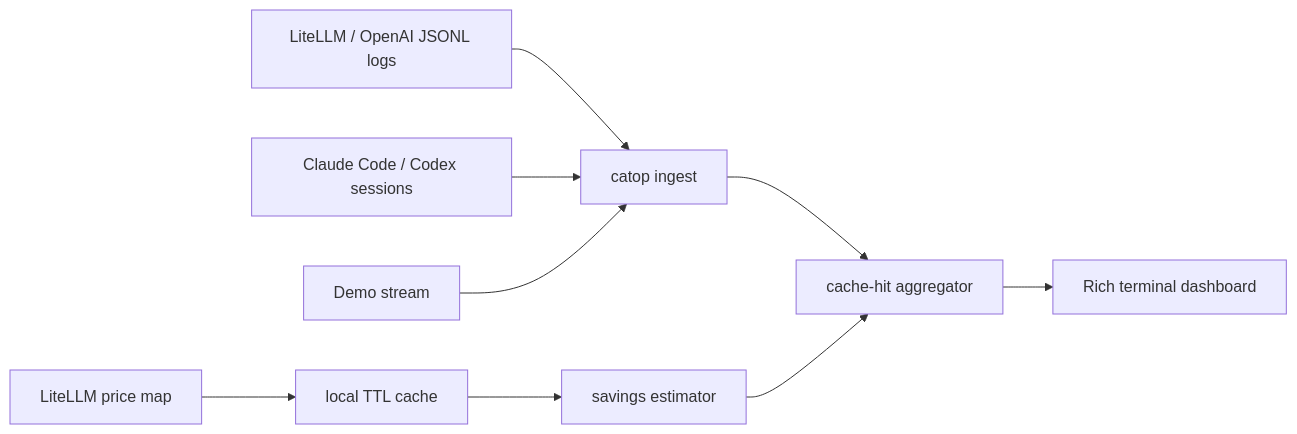
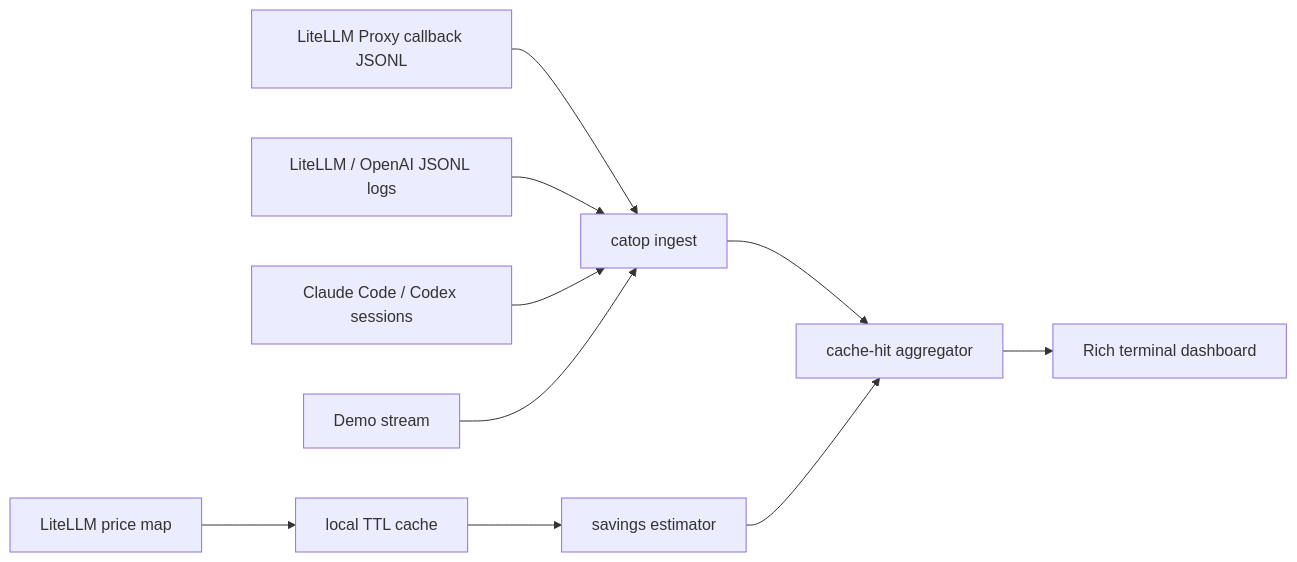
The diagram in README.md (Harzva/catop-cachehit), drawn with Mermaid before and after one commit. The commit also changed other lines of this file and 22 other files, not shown here.

Commit message:
Add LiteLLM proxy and Pages landing

````diff
--- a/README.md
+++ b/README.md
@@ -179,11 +217,12 @@
 ```mermaid
 flowchart LR
-    A["LiteLLM / OpenAI JSONL logs"] --> B["catop ingest"]
+    A["LiteLLM Proxy callback JSONL"] --> B["catop ingest"]
+    J["LiteLLM / OpenAI JSONL logs"] --> B
     C["Claude Code / Codex sessions"] --> B
     D["Demo stream"] --> B
     E["LiteLLM price map"] --> F["local TTL cache"]
     F --> G["savings estimator"]
     B --> H["cache-hit aggregator"]
     G --> H
     H --> I["Rich terminal dashboard"]
 ```
````
